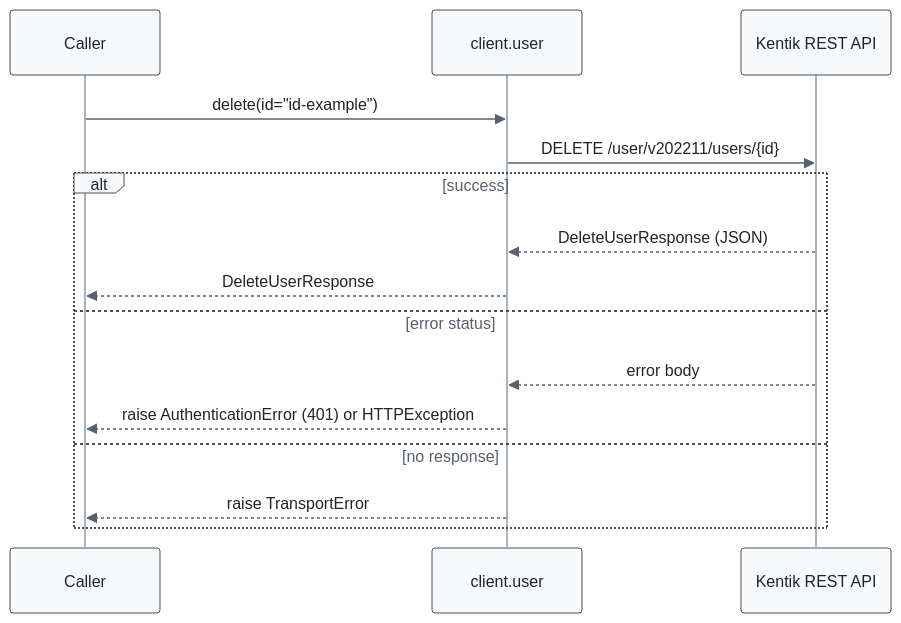
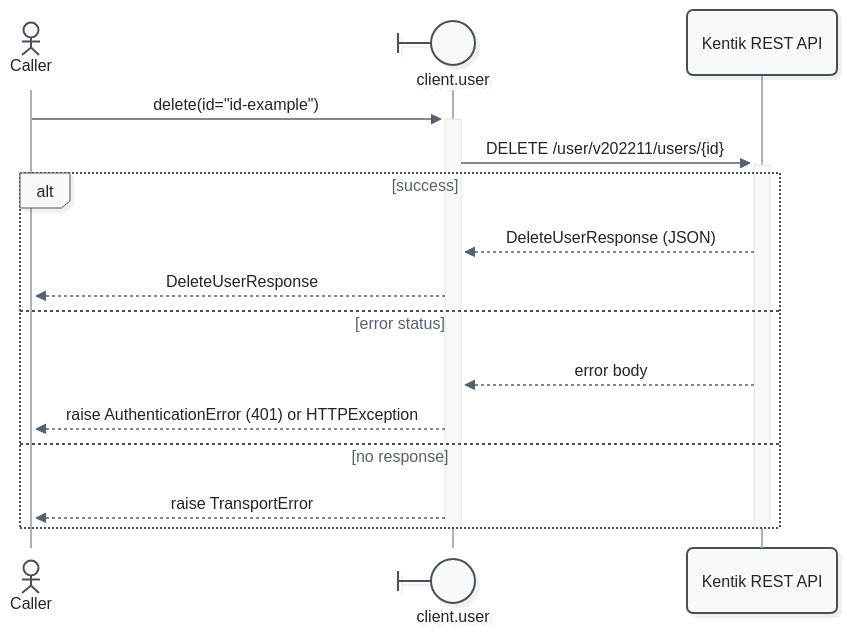
Before and after one commit to alexdearaujo/community_sdk_python: the ninth of 15 diagrams in docs/sphinx/services/user.md, drawn with Mermaid. The commit also changed other lines of this file and 52 other files, not shown here.

First line of the commit message:
docs: Mermaid 12 sequence diagrams with participant types and path colors

````diff
--- a/docs/sphinx/services/user.md
+++ b/docs/sphinx/services/user.md
@@ -341,19 +361,21 @@
 ```mermaid
-%%{init: {"theme": "base", "fontFamily": "ui-monospace, SFMono-Regular, Menlo, monospace", "themeVariables": {"fontFamily": "ui-monospace, SFMono-Regular, Menlo, monospace", "primaryColor": "#f8f9fa", "primaryBorderColor": "#495057", "primaryTextColor": "#212529", "textColor": "#212529", "lineColor": "#77818c", "edgeLabelBackground": "#ffffff", "actorBkg": "#f8f9fa", "actorBorder": "#495057", "actorTextColor": "#212529", "actorLineColor": "#a9b3be", "signalColor": "#57616d", "signalTextColor": "#212529", "labelBoxBkgColor": "#f8f9fa", "labelBoxBorderColor": "#495057", "labelTextColor": "#212529", "loopTextColor": "#57616d", "noteBkgColor": "#fff9db", "noteBorderColor": "#f08c00", "noteTextColor": "#a35a00"}, "flowchart": {"curve": "step", "nodeSpacing": 30, "rankSpacing": 70, "wrappingWidth": 400}}}%%
+%%{init: {"theme": "redux", "look": "neo", "layout": "dagre", "fontFamily": "ui-monospace, SFMono-Regular, Menlo, monospace", "themeVariables": {"fontFamily": "ui-monospace, SFMono-Regular, Menlo, monospace", "primaryColor": "#f8f9fa", "primaryBorderColor": "#495057", "primaryTextColor": "#212529", "textColor": "#212529", "lineColor": "#77818c", "edgeLabelBackground": "#ffffff", "actorBkg": "#f8f9fa", "actorBorder": "#495057", "actorTextColor": "#212529", "actorLineColor": "#a9b3be", "signalColor": "#57616d", "signalTextColor": "#212529", "labelBoxBkgColor": "#f8f9fa", "labelBoxBorderColor": "#495057", "labelTextColor": "#212529", "loopTextColor": "#57616d", "noteBkgColor": "#fff9db", "noteBorderColor": "#f08c00", "noteTextColor": "#a35a00"}, "sequence": {"activationWidth": 16}, "flowchart": {"curve": "step", "nodeSpacing": 30, "rankSpacing": 70, "wrappingWidth": 400}}}%%
 sequenceDiagram
-    participant C as Caller
-    participant W as client.user
+    actor C as Caller
+    participant W@{ "type": "boundary" } as client.user
     participant API as Kentik REST API
 
-    C->>W: delete(id="id-example")
-    W->>API: DELETE /user/v202211/users/{id}
+    C->>+W: delete(id="id-example")
+    W->>+API: DELETE /user/v202211/users/{id}
     alt success
         API-->>W: DeleteUserResponse (JSON)
         W-->>C: DeleteUserResponse
     else error status
         API-->>W: error body
         W-->>C: raise AuthenticationError (401) or HTTPException
     else no response
         W-->>C: raise TransportError
     end
+    deactivate API
+    deactivate W
 ```
````
